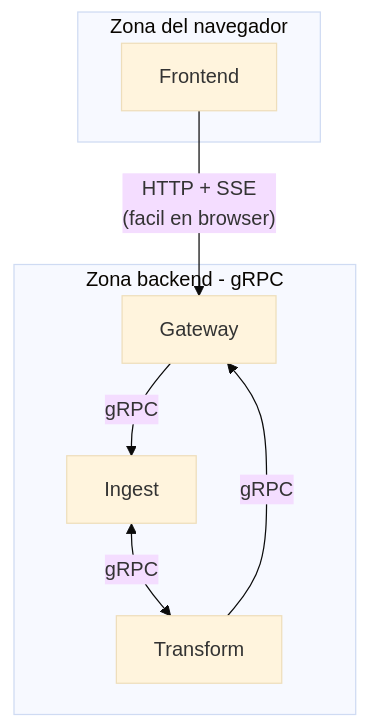
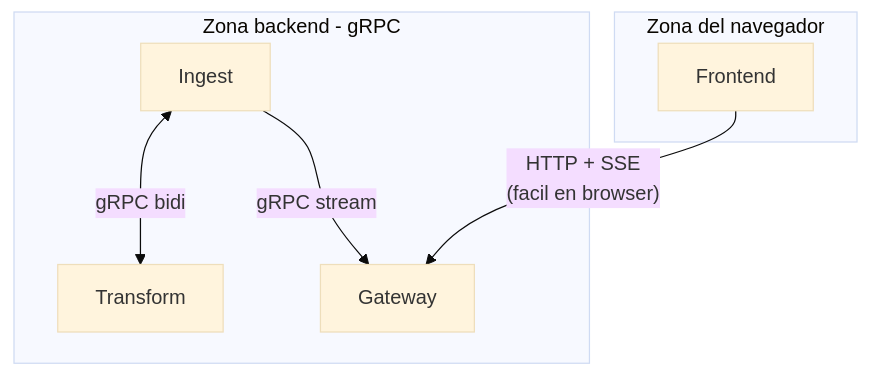
One commit to cccg8105/cccg_grpc_demo changed the eighth of 16 diagrams in docs/GUIA_DIDACTICA.md. Above: the diagram before and after it, drawn with Mermaid (base theme). The commit also changed other lines of this file and 46 other files, not shown here.

````diff
--- a/docs/GUIA_DIDACTICA.md
+++ b/docs/GUIA_DIDACTICA.md
@@ -302,17 +303,16 @@
 ```mermaid
 flowchart TB
   subgraph browserZone [Zona del navegador]
     FE[Frontend]
   end
 
   subgraph backendZone [Zona backend - gRPC]
     GW[Gateway]
     ING[Ingest]
     TRF[Transform]
-    ING <-->|gRPC| TRF
-    TRF -->|gRPC| GW
-    GW -->|gRPC| ING
+    ING <-->|gRPC bidi| TRF
+    ING -->|gRPC stream| GW
   end
 
   FE -->|"HTTP + SSE\n(facil en browser)"| GW
 ```
````
